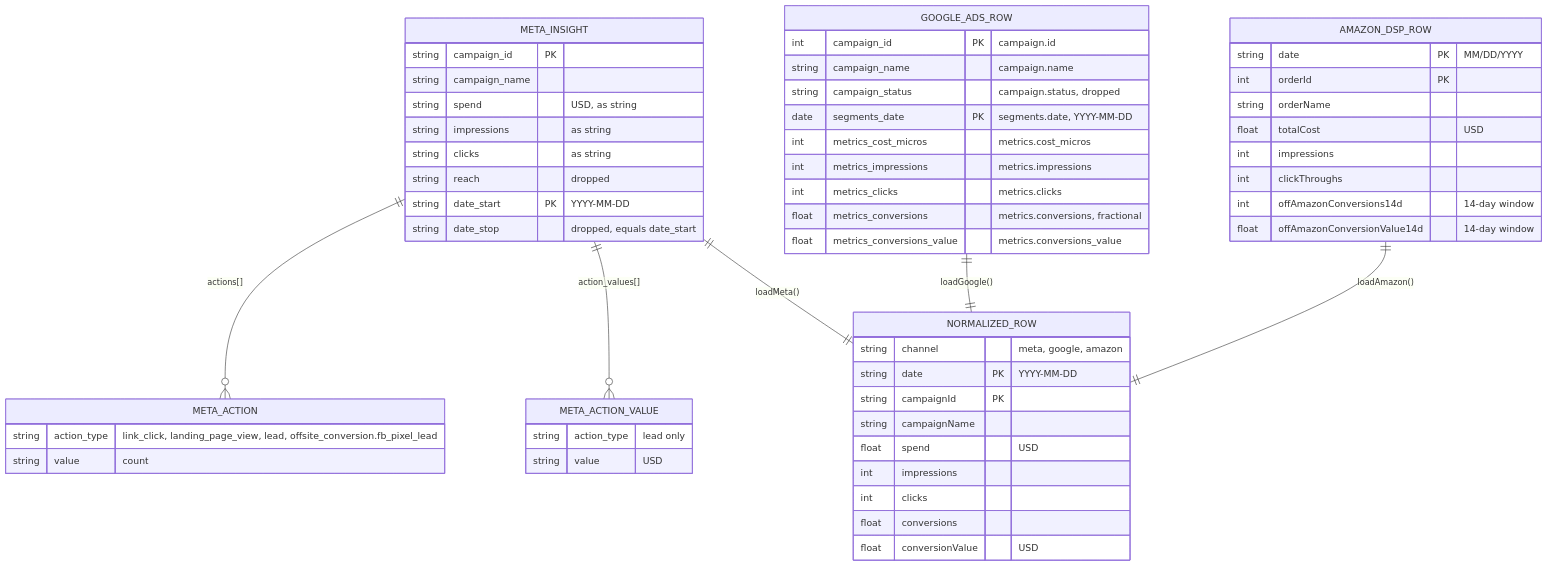
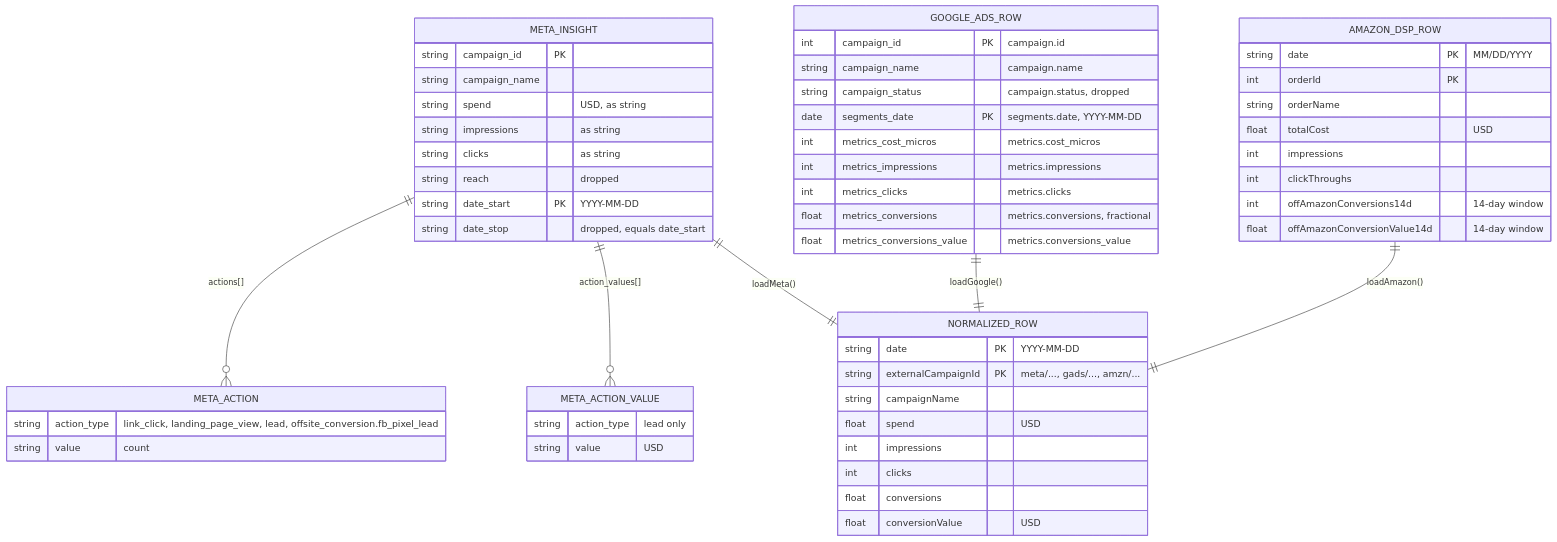
One commit to btmCustom/ADBOX-Dashboard-Product-Engineer-exercise changed the diagram in docs/diagrams/schema.mmd. Above: the diagram before and after it, drawn with Mermaid. The commit also changed 13 other files, not shown here.

Commit message:
Fold channel into externalCampaignId ({shortChannel}/{id}); regenerate diagrams

```diff
--- a/docs/diagrams/schema.mmd
+++ b/docs/diagrams/schema.mmd
@@ -1,57 +1,56 @@
 erDiagram
     META_INSIGHT ||--o{ META_ACTION : "actions[]"
     META_INSIGHT ||--o{ META_ACTION_VALUE : "action_values[]"
     META_INSIGHT ||--|| NORMALIZED_ROW : "loadMeta()"
     GOOGLE_ADS_ROW ||--|| NORMALIZED_ROW : "loadGoogle()"
     AMAZON_DSP_ROW ||--|| NORMALIZED_ROW : "loadAmazon()"
 
     META_INSIGHT {
         string campaign_id PK
         string campaign_name
         string spend "USD, as string"
         string impressions "as string"
         string clicks "as string"
         string reach "dropped"
         string date_start PK "YYYY-MM-DD"
         string date_stop "dropped, equals date_start"
     }
     META_ACTION {
         string action_type "link_click, landing_page_view, lead, offsite_conversion.fb_pixel_lead"
         string value "count"
     }
     META_ACTION_VALUE {
         string action_type "lead only"
         string value "USD"
     }
     GOOGLE_ADS_ROW {
         int campaign_id PK "campaign.id"
         string campaign_name "campaign.name"
         string campaign_status "campaign.status, dropped"
         date segments_date PK "segments.date, YYYY-MM-DD"
         int metrics_cost_micros "metrics.cost_micros"
         int metrics_impressions "metrics.impressions"
         int metrics_clicks "metrics.clicks"
         float metrics_conversions "metrics.conversions, fractional"
         float metrics_conversions_value "metrics.conversions_value"
     }
     AMAZON_DSP_ROW {
         string date PK "MM/DD/YYYY"
         int orderId PK
         string orderName
         float totalCost "USD"
         int impressions
         int clickThroughs
         int offAmazonConversions14d "14-day window"
         float offAmazonConversionValue14d "14-day window"
     }
     NORMALIZED_ROW {
-        string channel "meta, google, amazon"
         string date PK "YYYY-MM-DD"
-        string campaignId PK
+        string externalCampaignId PK "meta/..., gads/..., amzn/..."
         string campaignName
         float spend "USD"
         int impressions
         int clicks
         float conversions
         float conversionValue "USD"
     }
```
